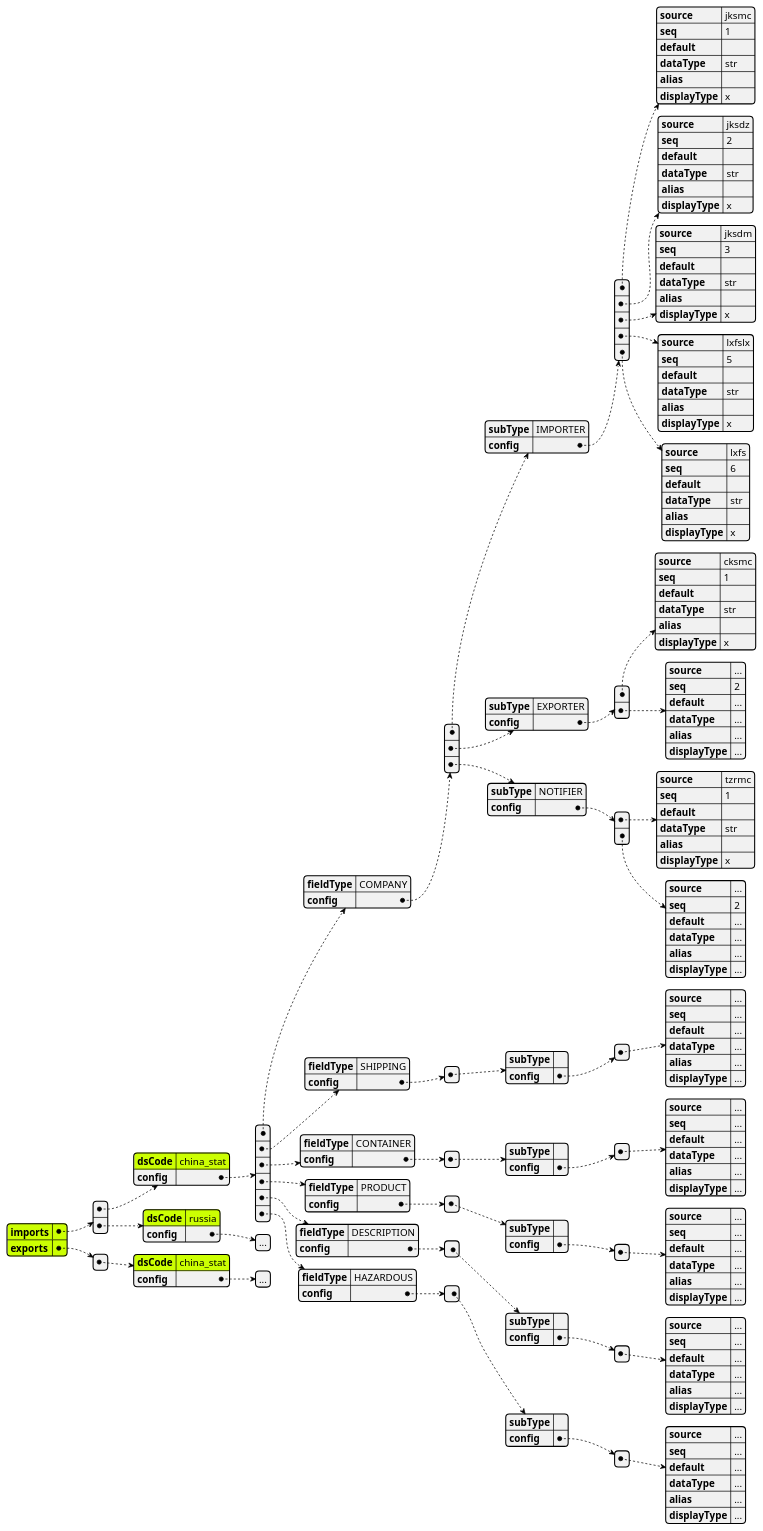
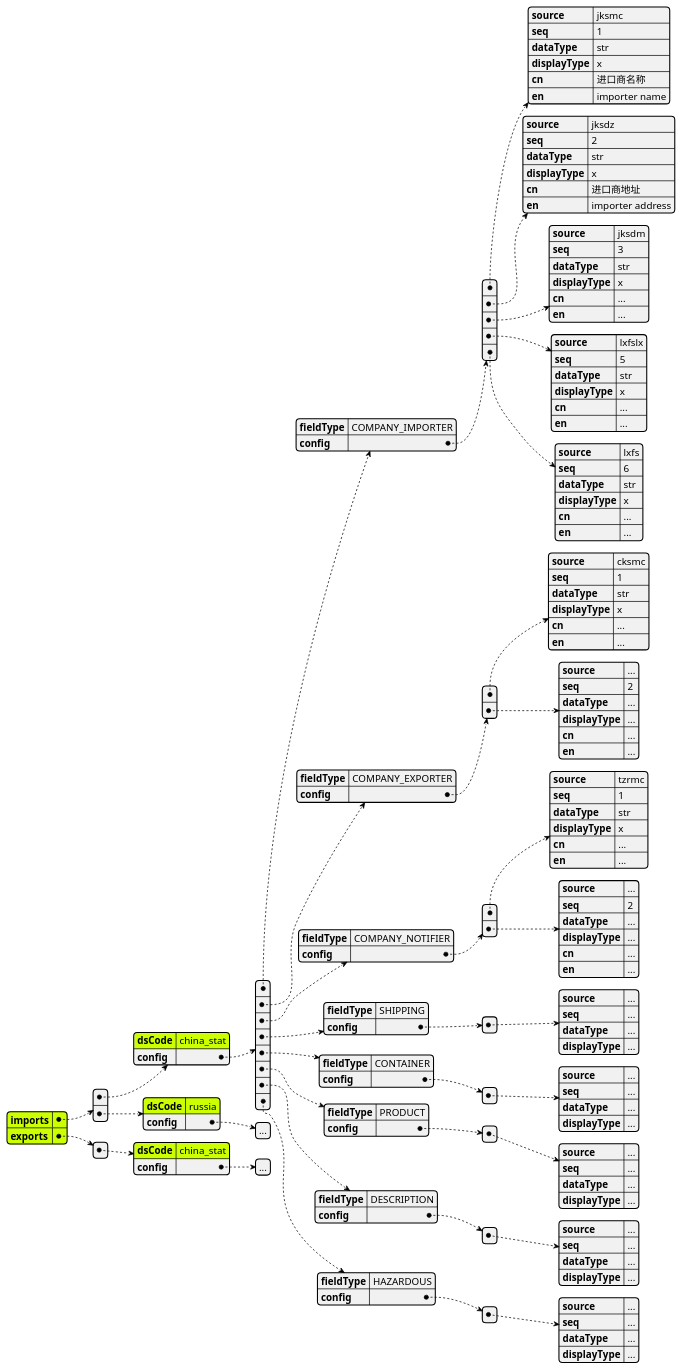
Before and after one commit to lwpk110/tendata-assets: the diagram in plantuml/tradec/query_detail.puml, drawn with PlantUML. The commit also changed 16 other files, not shown here.

```diff
--- a/plantuml/tradec/query_detail.puml
+++ b/plantuml/tradec/query_detail.puml
@@ -9,206 +9,168 @@
 ' #highlight "address" / "city"
 ' #highlight "phoneNumbers" / "0" / "number"
 {
-    "imports": [
-        {
-            "dsCode": "china_stat",
-            "config": [
-                {
-                    "fieldType": "COMPANY",
-                    "config": [
-                        {
-                            "subType": "IMPORTER",
-                            "config": [
-                                {
-                                    "source": "jksmc",
-                                    "seq": 1,
-                                    "default": "",
-                                    "dataType": "str",
-                                    "alias": "",
-                                    "displayType": "x"
-                                },
-                                {
-                                    "source": "jksdz",
-                                    "seq": 2,
-                                    "default": "",
-                                    "dataType": "str",
-                                    "alias": "",
-                                    "displayType": "x"
-                                },
-                                {
-                                    "source": "jksdm",
-                                    "seq": 3,
-                                    "default": "",
-                                    "dataType": "str",
-                                    "alias": "",
-                                    "displayType": "x"
-                                },
-                                {
-                                    "source": "lxfslx",
-                                    "seq": 5,
-                                    "default": "",
-                                    "dataType": "str",
-                                    "alias": "",
-                                    "displayType": "x"
-                                },
-                                {
-                                    "source": "lxfs",
-                                    "seq": 6,
-                                    "default": "",
-                                    "dataType": "str",
-                                    "alias": "",
-                                    "displayType": "x"
-                                }
-                            ]
-                        },
-                        {
-                            "subType": "EXPORTER",
-                            "config": [
-                                {
-                                    "source": "cksmc",
-                                    "seq": 1,
-                                    "default": "",
-                                    "dataType": "str",
-                                    "alias": "",
-                                    "displayType": "x"
-                                },
-                                {
-                                    "source": "...",
-                                    "seq": 2,
-                                    "default": "...",
-                                    "dataType": "...",
-                                    "alias": "...",
-                                    "displayType": "..."
-                                }
-                            ]
-                        },
-                        {
-                            "subType": "NOTIFIER",
-                            "config": [
-                                {
-                                    "source": "tzrmc",
-                                    "seq": 1,
-                                    "default": "",
-                                    "dataType": "str",
-                                    "alias": "",
-                                    "displayType": "x"
-                                },
-                                {
-                                    "source": "...",
-                                    "seq": 2,
-                                    "default": "...",
-                                    "dataType": "...",
-                                    "alias": "...",
-                                    "displayType": "..."
-                                }
-                            ]
-                        }
-                    ]
-                },
-                {
-                    "fieldType": "SHIPPING",
-                    "config": [
-                        {
-                            "subType": "",
-                            "config": [
-                                {
-                                    "source": "...",
-                                    "seq": "...",
-                                    "default": "...",
-                                    "dataType": "...",
-                                    "alias": "...",
-                                    "displayType": "..."
-                                }
-                            ]
-                        }
-                    ]
-                },
-                {
-                    "fieldType": "CONTAINER",
-                    "config": [
-                        {
-                            "subType": "",
-                            "config": [
-                                {
-                                    "source": "...",
-                                    "seq": "...",
-                                    "default": "...",
-                                    "dataType": "...",
-                                    "alias": "...",
-                                    "displayType": "..."
-                                }
-                            ]
-                        }
-                    ]
-                },
-                {
-                    "fieldType": "PRODUCT",
-                    "config": [
-                        {
-                            "subType": "",
-                            "config": [
-                                {
-                                    "source": "...",
-                                    "seq": "...",
-                                    "default": "...",
-                                    "dataType": "...",
-                                    "alias": "...",
-                                    "displayType": "..."
-                                }
-                            ]
-                        }
-                    ]
-                },
-                {
-                    "fieldType": "DESCRIPTION",
-                    "config": [
-                        {
-                            "subType": "",
-                            "config": [
-                                {
-                                    "source": "...",
-                                    "seq": "...",
-                                    "default": "...",
-                                    "dataType": "...",
-                                    "alias": "...",
-                                    "displayType": "..."
-                                }
-                            ]
-                        }
-                    ]
-                },
-                {
-                    "fieldType": "HAZARDOUS",
-                    "config": [
-                        {
-                            "subType": "",
-                            "config": [
-                                {
-                                    "source": "...",
-                                    "seq": "...",
-                                    "default": "...",
-                                    "dataType": "...",
-                                    "alias": "...",
-                                    "displayType": "..."
-                                }
-                            ]
-                        }
-                    ]
-                }
-            ]
-        },
-        {
-            "dsCode": "russia",
-            "config": [
-                "..."
-            ]
-        }
-    ],
-    "exports": [
-        {
-            "dsCode": "china_stat",
-            "config": ["..."]
-        }
-    ]
+   "imports":[
+      {
+         "dsCode":"china_stat",
+         "config":[
+            {
+               "fieldType":"COMPANY_IMPORTER",
+               "config":[
+                  {
+                     "source":"jksmc",
+                     "seq":1,
+                     "dataType":"str",
+                     "displayType":"x",
+                     "cn":"进口商名称",
+                     "en":"importer name"
+                  },
+                  {
+                     "source":"jksdz",
+                     "seq":2,
+                     "dataType":"str",
+                     "displayType":"x",
+                     "cn":"进口商地址",
+                     "en":"importer address"
+                  },
+                  {
+                     "source":"jksdm",
+                     "seq":3,
+                     "dataType":"str",
+                     "displayType":"x",
+                     "cn":"...",
+                     "en":"..."
+                  },
+                  {
+                     "source":"lxfslx",
+                     "seq":5,
+                     "dataType":"str",
+                     "displayType":"x",
+                     "cn":"...",
+                     "en":"..."
+                  },
+                  {
+                     "source":"lxfs",
+                     "seq":6,
+                     "dataType":"str",
+                     "displayType":"x",
+                     "cn":"...",
+                     "en":"..."
+                  }
+               ]
+            },
+            {
+               "fieldType":"COMPANY_EXPORTER",
+               "config":[
+                  {
+                     "source":"cksmc",
+                     "seq":1,
+                     "dataType":"str",
+                     "displayType":"x",
+                     "cn":"...",
+                     "en":"..."
+                  },
+                  {
+                     "source":"...",
+                     "seq":2,
+                     "dataType":"...",
+                     "displayType":"...",
+                     "cn":"...",
+                     "en":"..."
+                  }
+               ]
+            },
+            {
+               "fieldType":"COMPANY_NOTIFIER",
+               "config":[
+                  {
+                     "source":"tzrmc",
+                     "seq":1,
+                     "dataType":"str",
+                     "displayType":"x",
+                     "cn":"...",
+                     "en":"..."
+                  },
+                  {
+                     "source":"...",
+                     "seq":2,
+                     "dataType":"...",
+                     "displayType":"...",
+                     "cn":"...",
+                     "en":"..."
+                  }
+               ]
+            },
+            {
+               "fieldType":"SHIPPING",
+               "config":[
+                  {
+                     "source":"...",
+                     "seq":"...",
+                     "dataType":"...",
+                     "displayType":"..."
+                  }
+               ]
+            },
+            {
+               "fieldType":"CONTAINER",
+               "config":[
+                  {
+                     "source":"...",
+                     "seq":"...",
+                     "dataType":"...",
+                     "displayType":"..."
+                  }
+               ]
+            },
+            {
+               "fieldType":"PRODUCT",
+               "config":[
+                  {
+                     "source":"...",
+                     "seq":"...",
+                     "dataType":"...",
+                     "displayType":"..."
+                  }
+               ]
+            },
+            {
+               "fieldType":"DESCRIPTION",
+               "config":[
+                  {
+                     "source":"...",
+                     "seq":"...",
+                     "dataType":"...",
+                     "displayType":"..."
+                  }
+               ]
+            },
+            {
+               "fieldType":"HAZARDOUS",
+               "config":[
+                  {
+                     "source":"...",
+                     "seq":"...",
+                     "dataType":"...",
+                     "displayType":"..."
+                  }
+               ]
+            }
+         ]
+      },
+      {
+         "dsCode":"russia",
+         "config":[
+            "..."
+         ]
+      }
+   ],
+   "exports":[
+      {
+         "dsCode":"china_stat",
+         "config":[
+            "..."
+         ]
+      }
+   ]
 }
 @endjson
```
